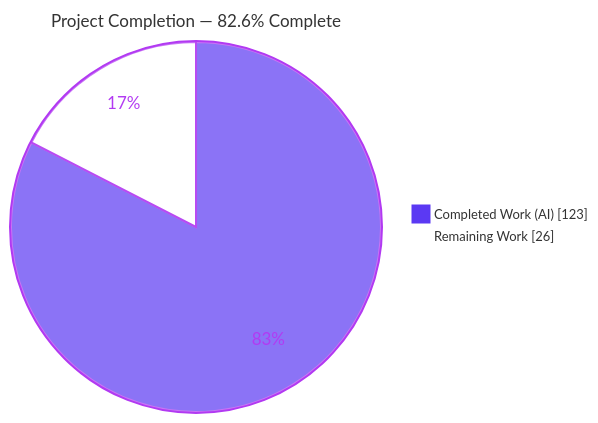
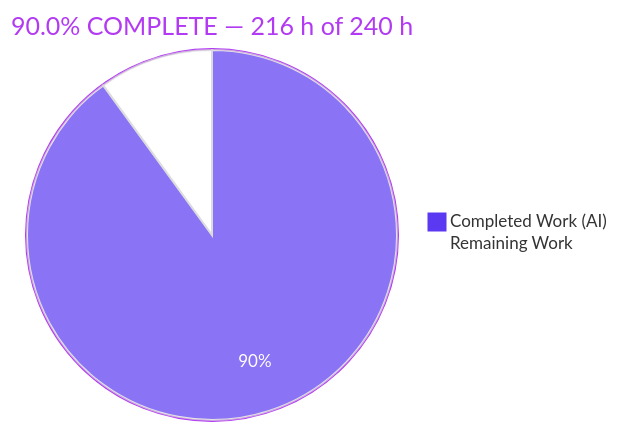
One commit to blitzy-public-samples/ardupilot-blitzy changed the first of 3 diagrams in blitzy/documentation/Project Guide.md. Above: the diagram before and after it, drawn with Mermaid. The commit also changed other lines of this file, not shown here.

Commit message:
Adding Blitzy Project Guide: Project Status and Human Tasks Remaining

````diff
--- a/blitzy/documentation/Project Guide.md
+++ b/blitzy/documentation/Project Guide.md
@@ -18,6 +16,6 @@
 ```mermaid
-%%{init: {'theme':'base','themeVariables':{'pie1':'#5B39F3','pie2':'#FFFFFF','pieStrokeColor':'#B23AF2','pieOuterStrokeColor':'#B23AF2','pieStrokeWidth':'2px','pieSectionTextColor':'#B23AF2','pieTitleTextSize':'17px','pieLegendTextSize':'13px'}}}%%
-pie showData title Project Completion — 82.6% Complete
-    "Completed Work (AI)" : 123
-    "Remaining Work" : 26
+%%{init: {'theme':'base','themeVariables':{'pie1':'#5B39F3','pie2':'#FFFFFF','pieStrokeColor':'#D9D9D9','pieOuterStrokeColor':'#B23AF2','pieSectionTextColor':'#FFFFFF','pieTitleTextColor':'#B23AF2','pieLegendTextColor':'#333333'}}}%%
+pie title 90.0% COMPLETE — 216 h of 240 h
+    "Completed Work (AI)" : 216
+    "Remaining Work" : 24
 ```
````
